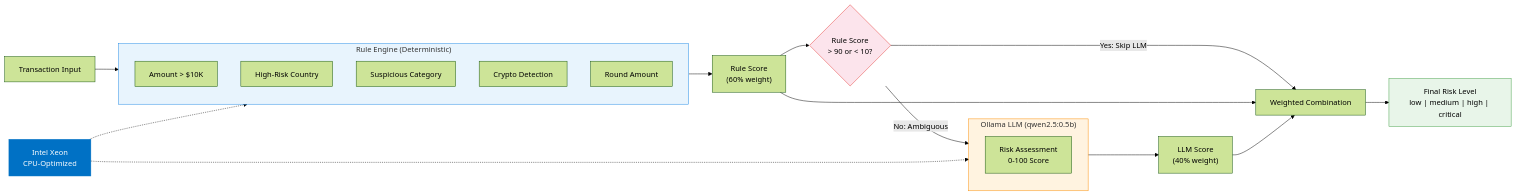
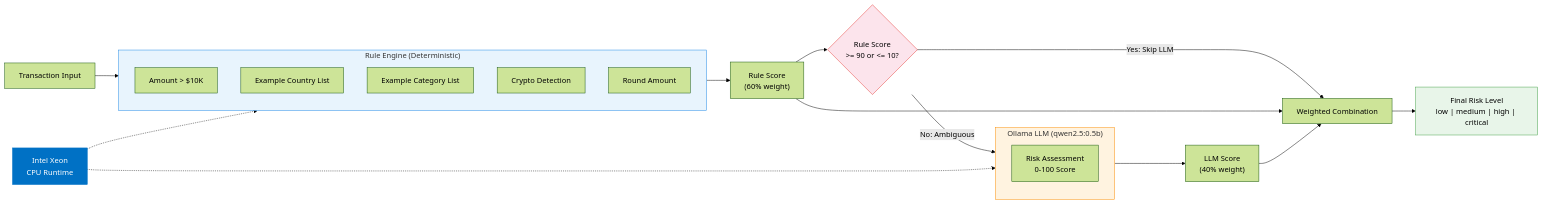
One commit to jkershawrh/hybrid-fraud-detection changed the diagram in README.md. Above: the diagram before and after it, drawn with Mermaid (forest theme). The commit also changed other lines of this file and 23 other files, not shown here.

````diff
--- a/README.md
+++ b/README.md
@@ -57,42 +58,42 @@
 ```mermaid
 flowchart LR
     TX["Transaction Input"]
 
     subgraph RuleEngine["Rule Engine (Deterministic)"]
         direction TB
         R1["Amount > $10K"]
-        R2["High-Risk Country"]
-        R3["Suspicious Category"]
+        R2["Example Country List"]
+        R3["Example Category List"]
         R4["Crypto Detection"]
         R5["Round Amount"]
     end
 
     subgraph LLMPath["Ollama LLM (qwen2.5:0.5b)"]
         direction TB
         LLM["Risk Assessment\n0-100 Score"]
     end
 
     RS["Rule Score\n(60% weight)"]
     LS["LLM Score\n(40% weight)"]
-    SKIP{"Rule Score\n> 90 or < 10?"}
+    SKIP{"Rule Score\n>= 90 or <= 10?"}
     COMBINE["Weighted Combination"]
     FINAL["Final Risk Level\nlow | medium | high | critical"]
 
     TX --> RuleEngine --> RS
     RS --> SKIP
     SKIP -- "Yes: Skip LLM" --> COMBINE
     SKIP -- "No: Ambiguous" --> LLMPath --> LS
     RS --> COMBINE
     LS --> COMBINE
     COMBINE --> FINAL
 
     style RuleEngine fill:#e8f4fd,stroke:#1e88e5
     style LLMPath fill:#fff3e0,stroke:#fb8c00
     style SKIP fill:#fce4ec,stroke:#e53935
     style FINAL fill:#e8f5e9,stroke:#43a047
 
-    XEON["Intel Xeon\nCPU-Optimized"]
+    XEON["Intel Xeon\nCPU Runtime"]
     XEON -.-> RuleEngine
     XEON -.-> LLMPath
     style XEON fill:#0071c5,stroke:#0071c5,color:#fff
 ```
````
